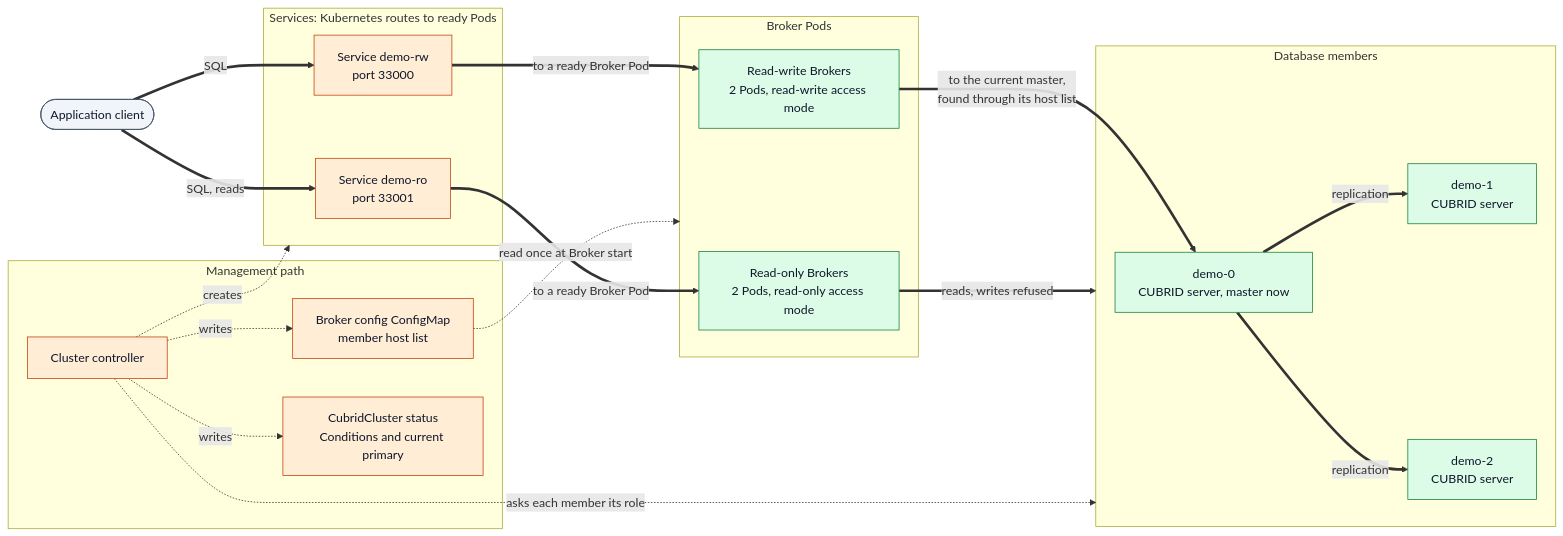
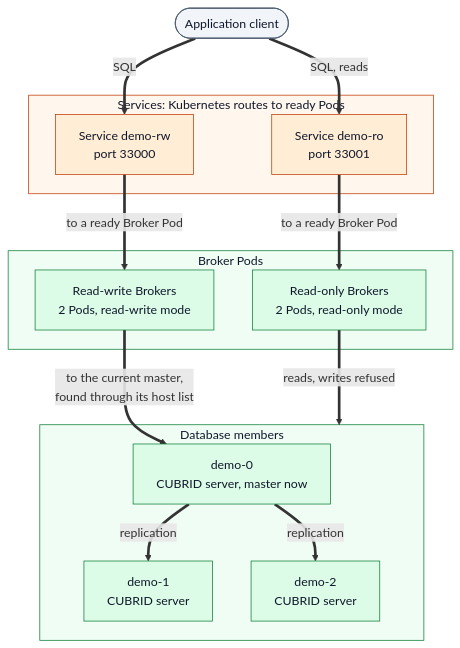
One commit to cubrid-lab/cubrid-kubernetes-operator changed the first of 2 diagrams in docs/architecture/data-path.md. Above: the diagram before and after it, drawn with Mermaid. The commit also changed other lines of this file and 4 other files, not shown here.

First line of the commit message:
docs(architecture): make the diagrams readable on GitHub and cite code by symbol

````diff
--- a/docs/architecture/data-path.md
+++ b/docs/architecture/data-path.md
@@ -20,46 +25,38 @@
 ```mermaid
-flowchart LR
+flowchart TB
     client(["Application client"]):::ext
 
     subgraph svc["Services: Kubernetes routes to ready Pods"]
         rw["Service demo-rw<br/>port 33000"]:::op
         ro["Service demo-ro<br/>port 33001"]:::op
     end
 
     subgraph brokers["Broker Pods"]
-        brw["Read-write Brokers<br/>2 Pods, read-write access mode"]:::cubrid
-        bro["Read-only Brokers<br/>2 Pods, read-only access mode"]:::cubrid
+        brw["Read-write Brokers<br/>2 Pods, read-write mode"]:::cubrid
+        bro["Read-only Brokers<br/>2 Pods, read-only mode"]:::cubrid
     end
 
     subgraph members["Database members"]
         m0["demo-0<br/>CUBRID server, master now"]:::cubrid
         m1["demo-1<br/>CUBRID server"]:::cubrid
         m2["demo-2<br/>CUBRID server"]:::cubrid
-    end
-
-    subgraph opside["Management path"]
-        cc["Cluster controller"]:::op
-        cfg["Broker config ConfigMap<br/>member host list"]:::op
-        status["CubridCluster status<br/>Conditions and current primary"]:::op
     end
 
     client == "SQL" ==> rw
     client == "SQL, reads" ==> ro
     rw == "to a ready Broker Pod" ==> brw
     ro == "to a ready Broker Pod" ==> bro
     brw == "to the current master,<br/>found through its host list" ==> m0
     bro == "reads, writes refused" ==> members
     m0 == "replication" ==> m1
     m0 == "replication" ==> m2
 
-    cc -. "writes" .-> cfg
-    cfg -. "read once at Broker start" .-> brokers
-    cc -. "creates" .-> svc
-    cc -. "asks each member its role" .-> members
-    cc -. "writes" .-> status
-
     classDef k8s fill:#dbeafe,stroke:#1d4ed8,color:#0f172a
     classDef op fill:#ffedd5,stroke:#c2410c,color:#0f172a
     classDef cubrid fill:#dcfce7,stroke:#15803d,color:#0f172a
     classDef ext fill:#f1f5f9,stroke:#475569,color:#0f172a
+
+    style svc fill:#fff7ed,stroke:#c2410c,color:#0f172a
+    style brokers fill:#f0fdf4,stroke:#15803d,color:#0f172a
+    style members fill:#f0fdf4,stroke:#15803d,color:#0f172a
 ```
````
